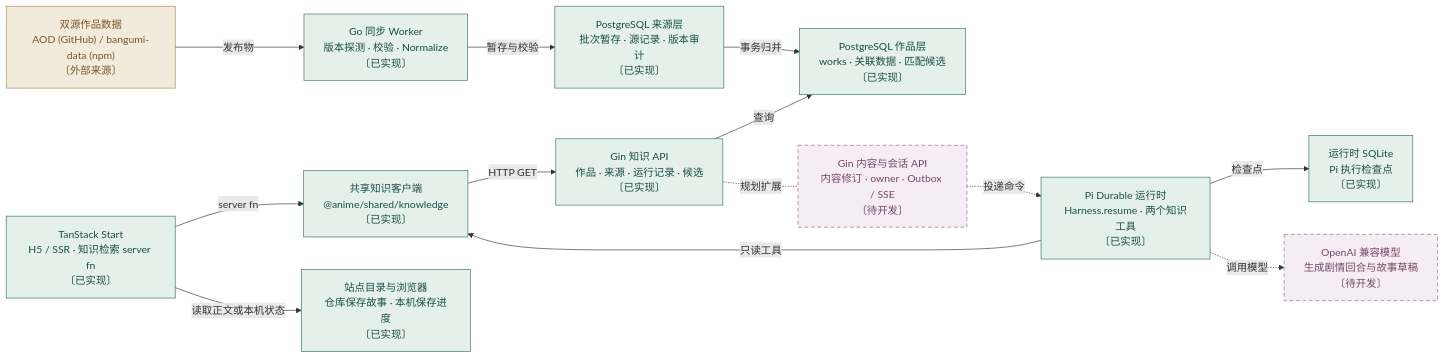
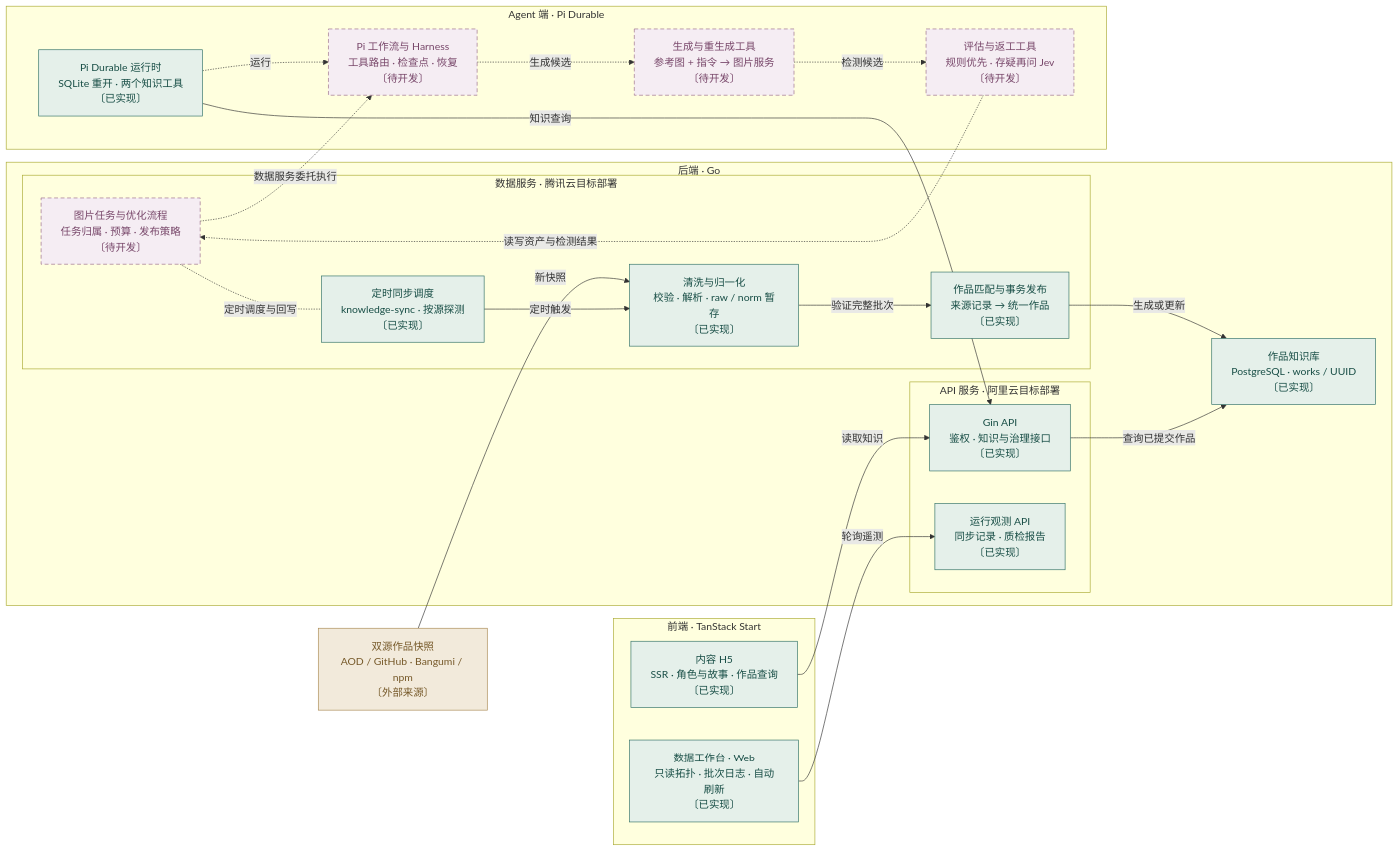
Before and after one commit to bluedao10000/player: the diagram in docs/architecture.mmd, drawn with Mermaid. The commit also changed 44 other files, not shown here.

Commit message:
完善作品知识治理、数据工作台与图片试稿，核验架构实现边界

```diff
--- a/docs/architecture.mmd
+++ b/docs/architecture.mmd
@@ -1,31 +1,58 @@
 %% 潮汐邮局 · 技术架构图 · 2026-11-18
 flowchart LR
-  sources["双源作品数据<br/>AOD (GitHub) / bangumi-data (npm)<br/>〔外部来源〕"]:::external
-  worker["Go 同步 Worker<br/>版本探测 · 校验 · Normalize<br/>〔已实现〕"]:::live
-  stagepg["PostgreSQL 来源层<br/>批次暂存 · 源记录 · 版本审计<br/>〔已实现〕"]:::live
-  works["PostgreSQL 作品层<br/>works · 关联数据 · 匹配候选<br/>〔已实现〕"]:::live
-  web["TanStack Start<br/>H5 / SSR · 知识检索 server fn<br/>〔已实现〕"]:::live
-  client["共享知识客户端<br/>@anime/shared/knowledge<br/>〔已实现〕"]:::live
-  gin["Gin 知识 API<br/>作品 · 来源 · 运行记录 · 候选<br/>〔已实现〕"]:::live
-  biz["Gin 内容与会话 API<br/>内容修订 · owner · Outbox / SSE<br/>〔待开发〕"]:::planned
-  static["站点目录与浏览器<br/>仓库保存故事 · 本机保存进度<br/>〔已实现〕"]:::live
-  pi["Pi Durable 运行时<br/>Harness.resume · 两个知识工具<br/>〔已实现〕"]:::live
-  sqlite["运行时 SQLite<br/>Pi 执行检查点<br/>〔已实现〕"]:::live
-  llm["OpenAI 兼容模型<br/>生成剧情回合与故事草稿<br/>〔待开发〕"]:::planned
-  sources -->|发布物| worker
-  worker -->|暂存与校验| stagepg
-  stagepg -->|事务归并| works
-  web -->|server fn| client
-  client -->|HTTP GET| gin
-  gin -->|查询| works
-  web -->|读取正文或本机状态| static
-  pi -->|只读工具| client
-  pi -->|检查点| sqlite
-  gin -.-|规划扩展| biz
-  biz -.->|投递命令| pi
-  pi -.->|调用模型| llm
+  web["内容 H5<br/>SSR · 角色与故事 · 作品查询<br/>〔已实现〕"]:::live
+  studio["数据工作台 · Web<br/>只读拓扑 · 批次日志 · 自动刷新<br/>〔已实现〕"]:::live
+  api["Gin API<br/>鉴权 · 知识与治理接口<br/>〔已实现〕"]:::live
+  jobs["运行观测 API<br/>同步记录 · 质检报告<br/>〔已实现〕"]:::live
+  data["定时同步调度<br/>knowledge-sync · 按源探测<br/>〔已实现〕"]:::live
+  assets["图片任务与优化流程<br/>任务归属 · 预算 · 发布策略<br/>〔待开发〕"]:::planned
+  pi["Pi Durable 运行时<br/>SQLite 重开 · 两个知识工具<br/>〔已实现〕"]:::live
+  flow["Pi 工作流与 Harness<br/>工具路由 · 检查点 · 恢复<br/>〔待开发〕"]:::planned
+  gen["生成与重生成工具<br/>参考图 + 指令 → 图片服务<br/>〔待开发〕"]:::planned
+  validate["评估与返工工具<br/>规则优先 · 存疑再问 Jev<br/>〔待开发〕"]:::planned
+  knowledge["作品知识库<br/>PostgreSQL · works / UUID<br/>〔已实现〕"]:::live
+  merge["作品匹配与事务发布<br/>来源记录 → 统一作品<br/>〔已实现〕"]:::live
+  clean["清洗与归一化<br/>校验 · 解析 · raw / norm 暂存<br/>〔已实现〕"]:::live
+  upstream["双源作品快照<br/>AOD / GitHub · Bangumi / npm<br/>〔外部来源〕"]:::external
+  subgraph front[前端 · TanStack Start]
+    web
+    studio
+  end
+  subgraph backend[后端 · Go]
+    subgraph online[API 服务 · 阿里云目标部署]
+      api
+      jobs
+    end
+    subgraph datasvc[数据服务 · 腾讯云目标部署]
+      data
+      clean
+      merge
+      assets
+    end
+    knowledge
+  end
+  subgraph agent[Agent 端 · Pi Durable]
+    pi
+    flow
+    gen
+    validate
+  end
+  web -->|读取知识| api
+  pi -.->|运行| flow
+  flow -.->|生成候选| gen
+  gen -.->|检测候选| validate
+  validate -.->|读写资产与检测结果| assets
+  studio -->|轮询遥测| jobs
+  assets -.->|数据服务委托执行| flow
+  assets -.-|定时调度与回写| data
+  upstream -->|新快照| clean
+  data -->|定时触发| clean
+  clean -->|验证完整批次| merge
+  merge -->|生成或更新| knowledge
+  api -->|查询已提交作品| knowledge
+  pi -->|知识查询| api
   classDef live fill:#e5f0ea,stroke:#317167,color:#184e46
   classDef planned fill:#f5edf3,stroke:#986987,color:#78476a,stroke-dasharray:6 4
   classDef external fill:#f2eadb,stroke:#aa8954,color:#765929
   classDef area fill:#e5e9e6,stroke:#7a8b89,color:#425557
   classDef brand fill:#27454c,stroke:#27454c,color:#ffffff
```
